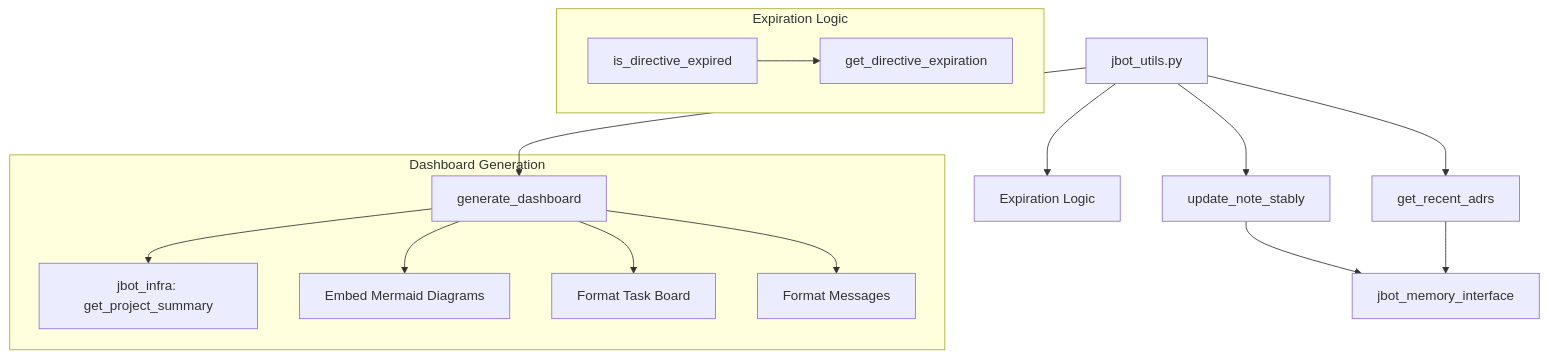
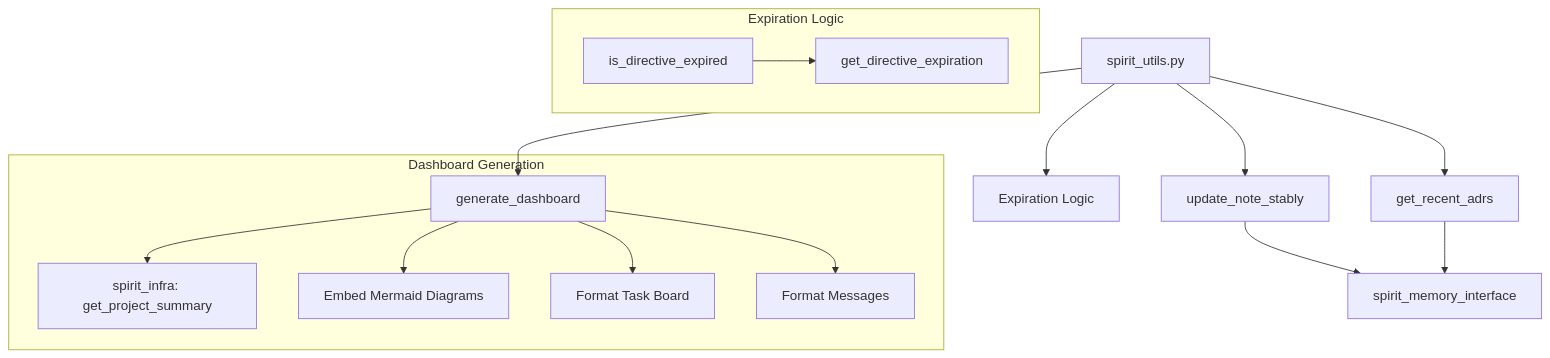
One commit to kodicw/nixspirit changed diagram 13 of 14 in INDEX.md. Above: the diagram before and after it, drawn with Mermaid. The commit also changed other lines of this file and 35 other files, not shown here.

````diff
--- a/INDEX.md
+++ b/INDEX.md
@@ -356,23 +356,23 @@
 ```mermaid
 graph TD
-    UTILS[jbot_utils.py] --> UNS[update_note_stably]
+    UTILS[spirit_utils.py] --> UNS[update_note_stably]
     UTILS --> ADR[get_recent_adrs]
     UTILS --> EXP[Expiration Logic]
     UTILS --> DASH[generate_dashboard]
 
     subgraph "Expiration Logic"
         GDE[get_directive_expiration]
         IDE[is_directive_expired]
         IDE --> GDE
     end
 
     subgraph "Dashboard Generation"
-        DASH --> infra[jbot_infra: get_project_summary]
+        DASH --> infra[spirit_infra: get_project_summary]
         DASH --> MER[Embed Mermaid Diagrams]
         DASH --> TASK[Format Task Board]
         DASH --> MSG[Format Messages]
     end
 
-    UNS --> mem[jbot_memory_interface]
+    UNS --> mem[spirit_memory_interface]
     ADR --> mem
 ```
````
